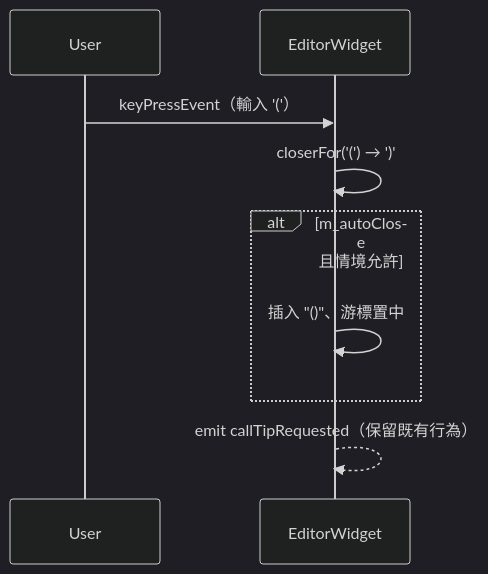
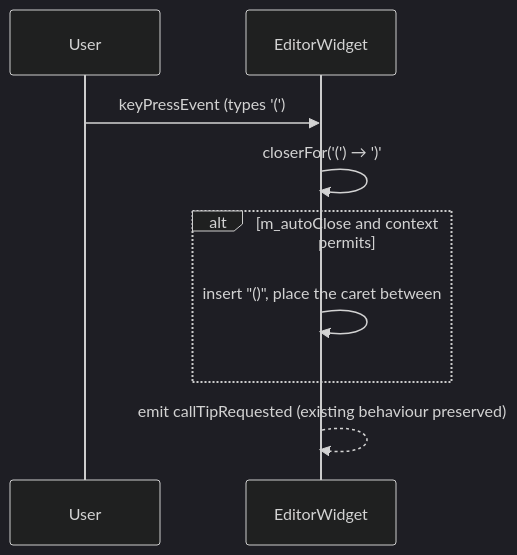
Diagram 20 of 23 in docs/design.md (EddyKuo/macpadpp), drawn with Mermaid (dark theme) before and after one commit. The commit also changed other lines of this file and 24 other files, not shown here.

````diff
--- a/docs/design.md
+++ b/docs/design.md
@@ -1002,11 +1106,11 @@
 ```mermaid
 sequenceDiagram
     participant User
     participant EW as EditorWidget
-    User->>EW: keyPressEvent（輸入 '('）
+    User->>EW: keyPressEvent (types '(')
     EW->>EW: closerFor('(') → ')'
-    alt m_autoClose 且情境允許
-        EW->>EW: 插入 "()"、游標置中
+    alt m_autoClose and context permits
+        EW->>EW: insert "()", place the caret between
     end
-    EW-->>EW: emit callTipRequested（保留既有行為）
+    EW-->>EW: emit callTipRequested (existing behaviour preserved)
 ```
````
